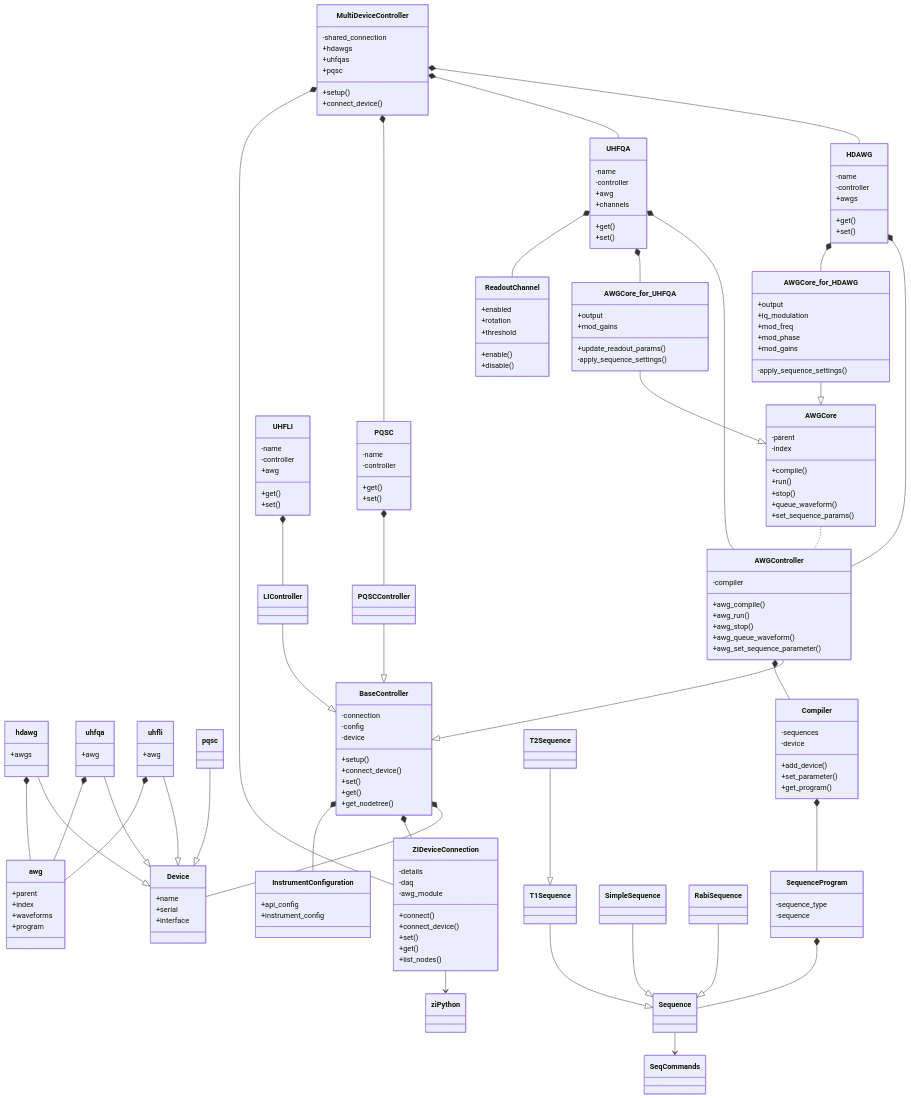
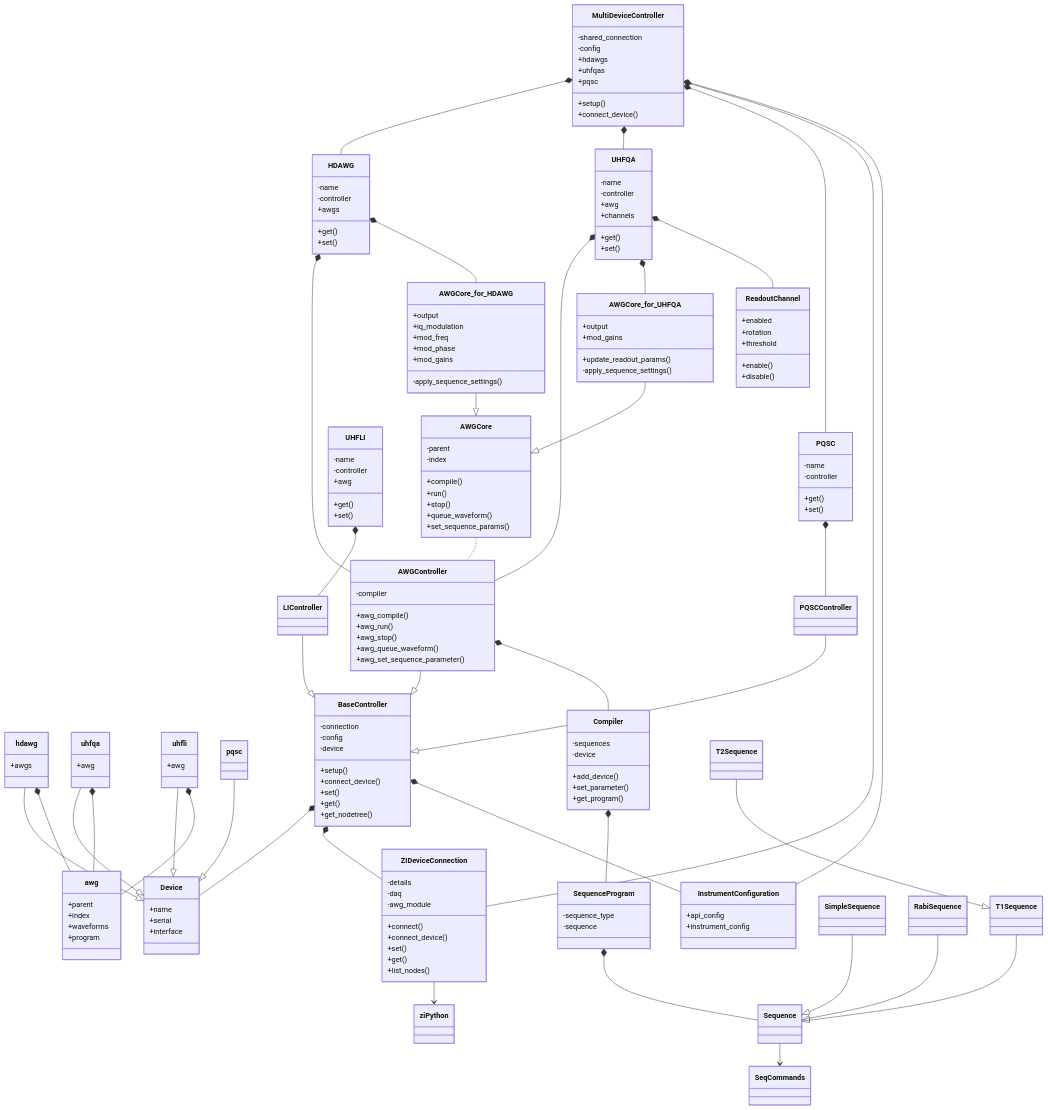
One commit to zhinst/zhinst-toolkit changed the diagram in README.md. Above: the diagram before and after it, drawn with Mermaid.

```diff
--- a/README.md
+++ b/README.md
@@ -66,6 +66,7 @@
     MultiDeviceController *-- UHFQA
     MultiDeviceController *-- PQSC
     MultiDeviceController *-- ZIDeviceConnection
+    MultiDeviceController *-- InstrumentConfiguration
     
 
     
@@ -203,6 +204,7 @@
     }
     class MultiDeviceController{
         -shared_connection
+        -config
         +hdawgs
         +uhfqas
         +pqsc
```
